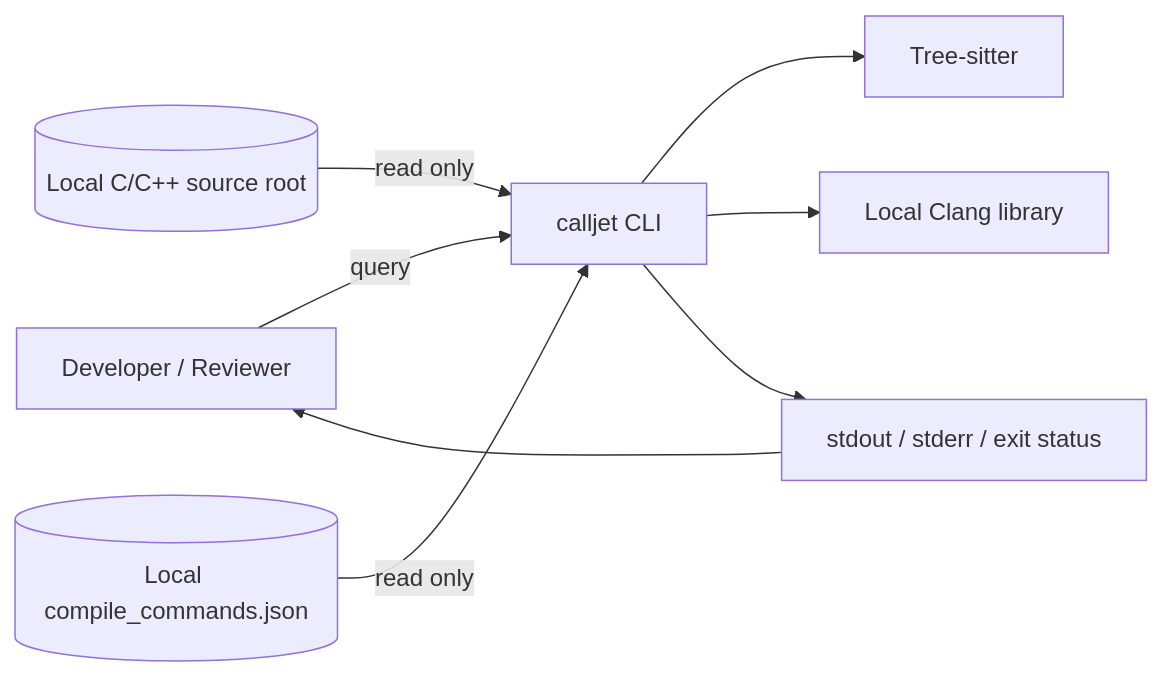
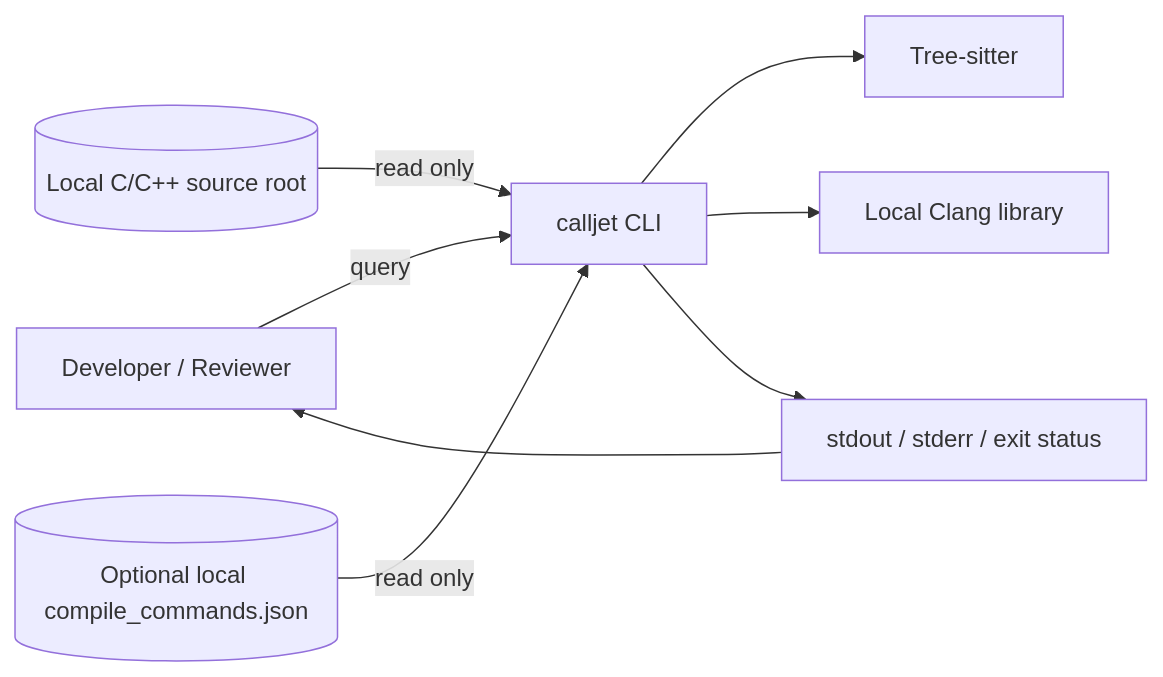
One commit to CallJet/cpp changed the first of 6 diagrams in docs/sds.md. Above: the diagram before and after it, drawn with Mermaid. The commit also changed other lines of this file and 20 other files, not shown here.

Commit message:
fix: preserve Tree-sitter fallback and compile commands

````diff
--- a/docs/sds.md
+++ b/docs/sds.md
@@ -31,18 +32,18 @@
 ```mermaid
 flowchart LR
     User[Developer / Reviewer]
     CLI[calljet CLI]
     Source[(Local C/C++ source root)]
-    CompDB[(Local compile_commands.json)]
+    CompDB[(Optional local compile_commands.json)]
     TS[Tree-sitter]
     Clang[Local Clang library]
     Output[stdout / stderr / exit status]
 
     User -->|query| CLI
     Source -->|read only| CLI
     CompDB -->|read only| CLI
     CLI --> TS
     CLI --> Clang
     CLI --> Output
     Output --> User
 ```
````
